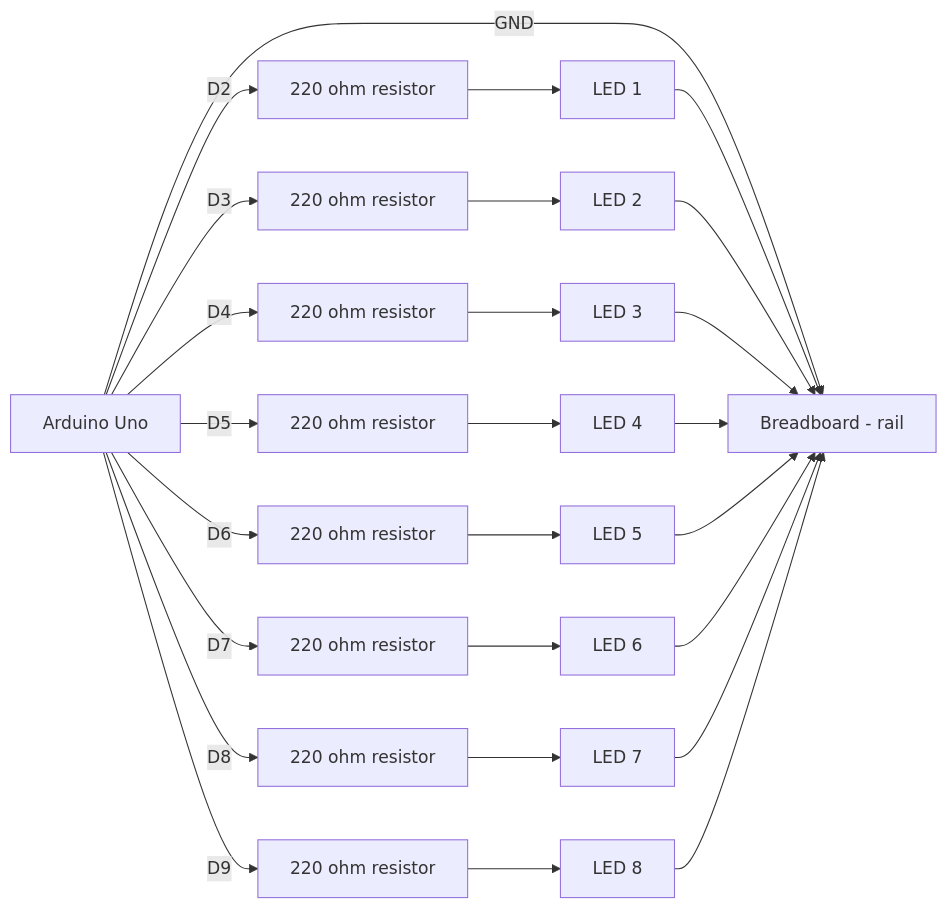
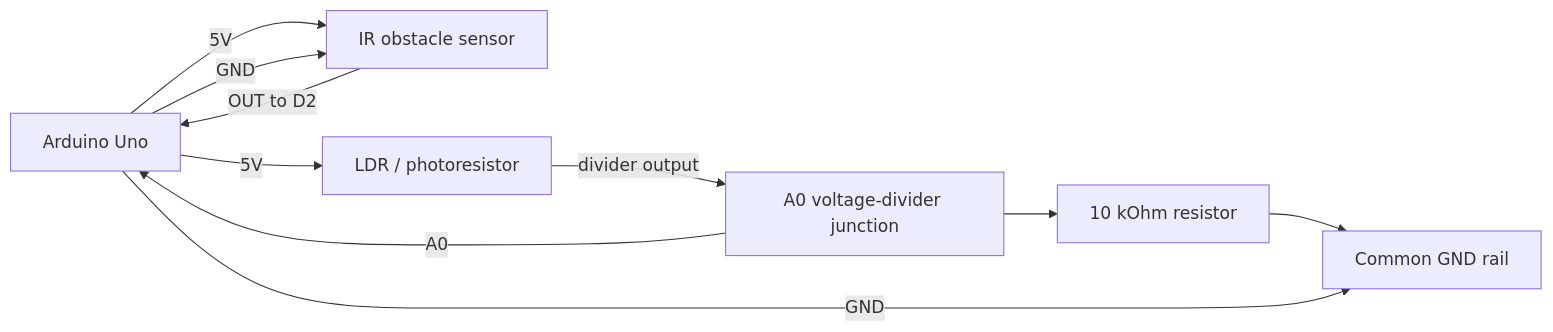
Before and after one commit to Danncode10/Automatic-Night-Lights: the first of 2 diagrams in docs/connections.md, drawn with Mermaid. The commit also changed other lines of this file and 3 other files, not shown here.

Commit message:
Update project documentation and add Arduino sketch for IR and LDR sensor monitoring

````diff
--- a/docs/connections.md
+++ b/docs/connections.md
@@ -43,31 +32,20 @@
 ```mermaid
 flowchart LR
     Arduino["Arduino Uno"]
-    BreadboardGround["Breadboard - rail"]
-    R1["220 ohm resistor"]
-    R2["220 ohm resistor"]
-    R3["220 ohm resistor"]
-    R4["220 ohm resistor"]
-    R5["220 ohm resistor"]
-    R6["220 ohm resistor"]
-    R7["220 ohm resistor"]
-    R8["220 ohm resistor"]
-    LED1["LED 1"]
-    LED2["LED 2"]
-    LED3["LED 3"]
-    LED4["LED 4"]
-    LED5["LED 5"]
-    LED6["LED 6"]
-    LED7["LED 7"]
-    LED8["LED 8"]
+    IR["IR obstacle sensor"]
+    LDR["LDR / photoresistor"]
+    Junction["A0 voltage-divider junction"]
+    Resistor["10 kOhm resistor"]
+    Ground["Common GND rail"]
 
-    Arduino -- "GND" --> BreadboardGround
-    Arduino -- "D2" --> R1 --> LED1 --> BreadboardGround
-    Arduino -- "D3" --> R2 --> LED2 --> BreadboardGround
-    Arduino -- "D4" --> R3 --> LED3 --> BreadboardGround
-    Arduino -- "D5" --> R4 --> LED4 --> BreadboardGround
-    Arduino -- "D6" --> R5 --> LED5 --> BreadboardGround
-    Arduino -- "D7" --> R6 --> LED6 --> BreadboardGround
-    Arduino -- "D8" --> R7 --> LED7 --> BreadboardGround
-    Arduino -- "D9" --> R8 --> LED8 --> BreadboardGround
+    Arduino -- "5V" --> IR
+    Arduino -- "GND" --> IR
+    IR -- "OUT to D2" --> Arduino
+
+    Arduino -- "5V" --> LDR
+    LDR -- "divider output" --> Junction
+    Junction -- "A0" --> Arduino
+    Junction --> Resistor
+    Resistor --> Ground
+    Arduino -- "GND" --> Ground
 ```
````
